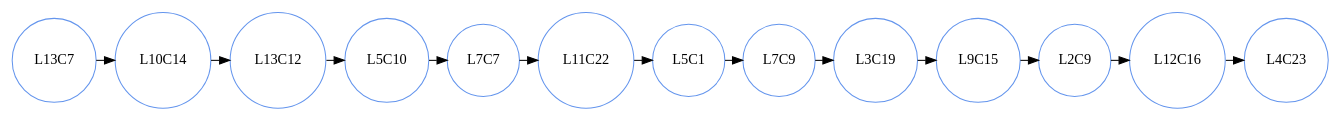
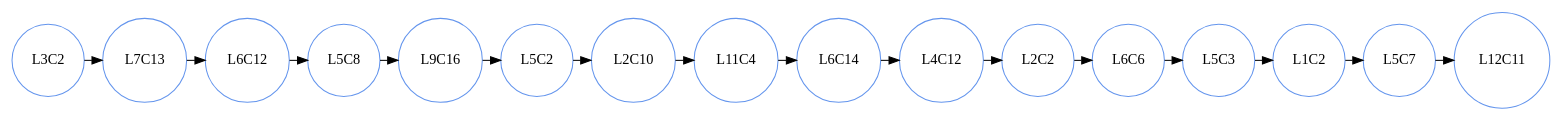
The diagram in cola.dot (AbidelLux/proyecto-2-linea-de-produccion-colas), drawn with Graphviz before and after one commit. The commit also changed 1 other file, not shown here.

```diff
--- a/cola.dot
+++ b/cola.dot
@@ -1,17 +1,20 @@
 digraph L {
 node [shape = circle, color = cornflowerblue];
-{rank=same L13C7 L10C14 L13C12 L5C10 L7C7 L11C22 L5C1 L7C9 L3C19 L9C15 L2C9 L12C16 L4C23 }
-L13C7->L10C14;
-L10C14->L13C12;
-L13C12->L5C10;
-L5C10->L7C7;
-L7C7->L11C22;
-L11C22->L5C1;
-L5C1->L7C9;
-L7C9->L3C19;
-L3C19->L9C15;
-L9C15->L2C9;
-L2C9->L12C16;
-L12C16->L4C23;
+{rank=same L3C2 L7C13 L6C12 L5C8 L9C16 L5C2 L2C10 L11C4 L6C14 L4C12 L2C2 L6C6 L5C3 L1C2 L5C7 L12C11 }
+L3C2->L7C13;
+L7C13->L6C12;
+L6C12->L5C8;
+L5C8->L9C16;
+L9C16->L5C2;
+L5C2->L2C10;
+L2C10->L11C4;
+L11C4->L6C14;
+L6C14->L4C12;
+L4C12->L2C2;
+L2C2->L6C6;
+L6C6->L5C3;
+L5C3->L1C2;
+L1C2->L5C7;
+L5C7->L12C11;
 
  }
```
